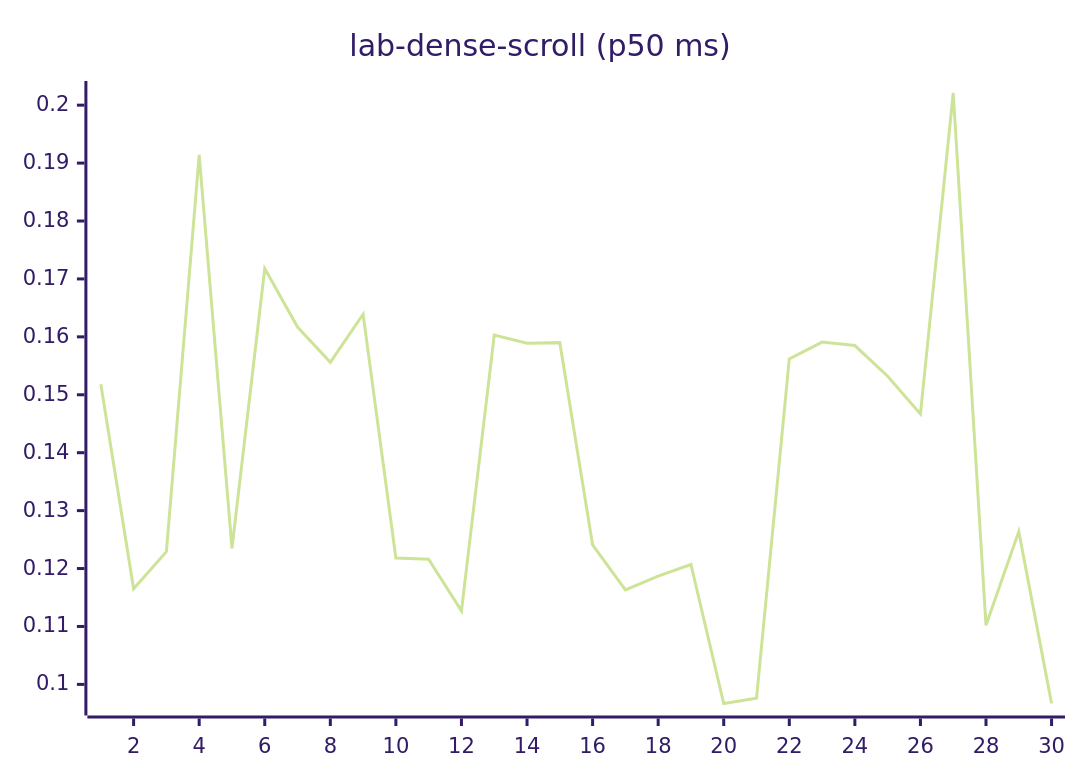
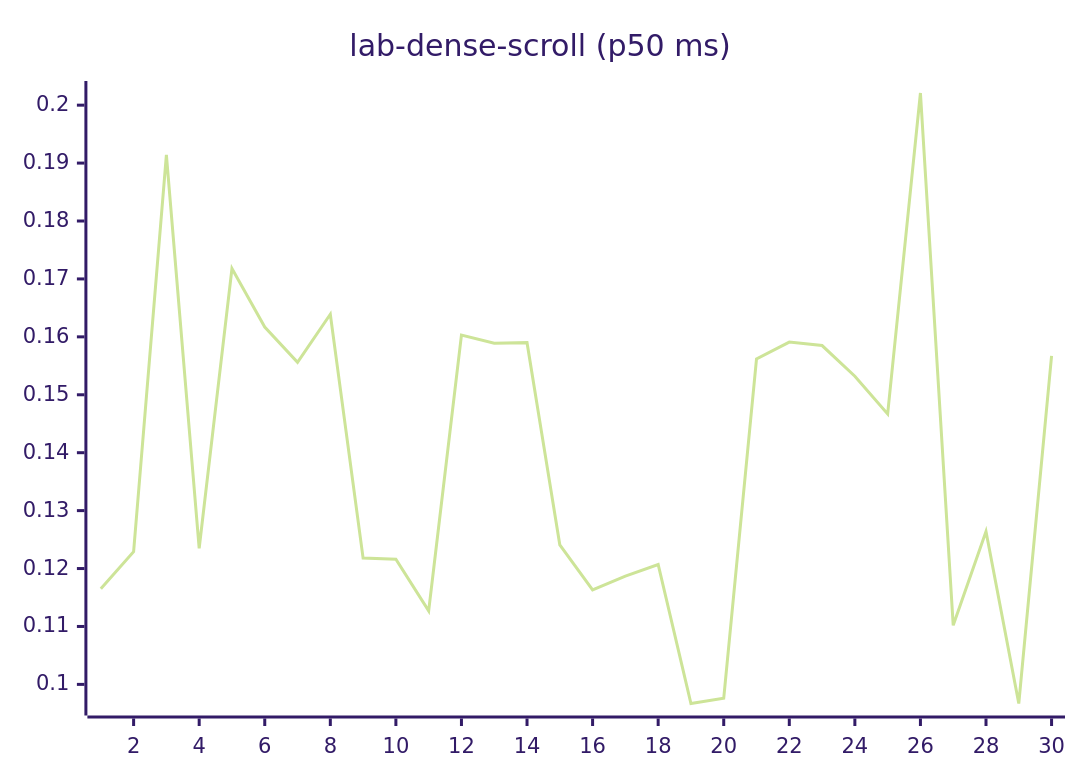
Diagram 12 of 27 in README.md (josha/Facet), drawn with Mermaid (forest theme) before and after one commit. The commit also changed other lines of this file and 2 other files, not shown here.

````diff
--- a/README.md
+++ b/README.md
@@ -140,6 +140,6 @@
 ```mermaid
 xychart-beta
     title "lab-dense-scroll (p50 ms)"
     x-axis 1 --> 30
-    line [0.1518, 0.1165, 0.1229, 0.1914, 0.1235, 0.1718, 0.1617, 0.1556, 0.1639, 0.1218, 0.1216, 0.1127, 0.1603, 0.1589, 0.1590, 0.1241, 0.1163, 0.1187, 0.1207, 0.0967, 0.0976, 0.1562, 0.1591, 0.1585, 0.1532, 0.1467, 0.2021, 0.1102, 0.1264, 0.0967]
+    line [0.1165, 0.1229, 0.1914, 0.1235, 0.1718, 0.1617, 0.1556, 0.1639, 0.1218, 0.1216, 0.1127, 0.1603, 0.1589, 0.1590, 0.1241, 0.1163, 0.1187, 0.1207, 0.0967, 0.0976, 0.1562, 0.1591, 0.1585, 0.1532, 0.1467, 0.2021, 0.1102, 0.1264, 0.0967, 0.1567]
 ```
````
